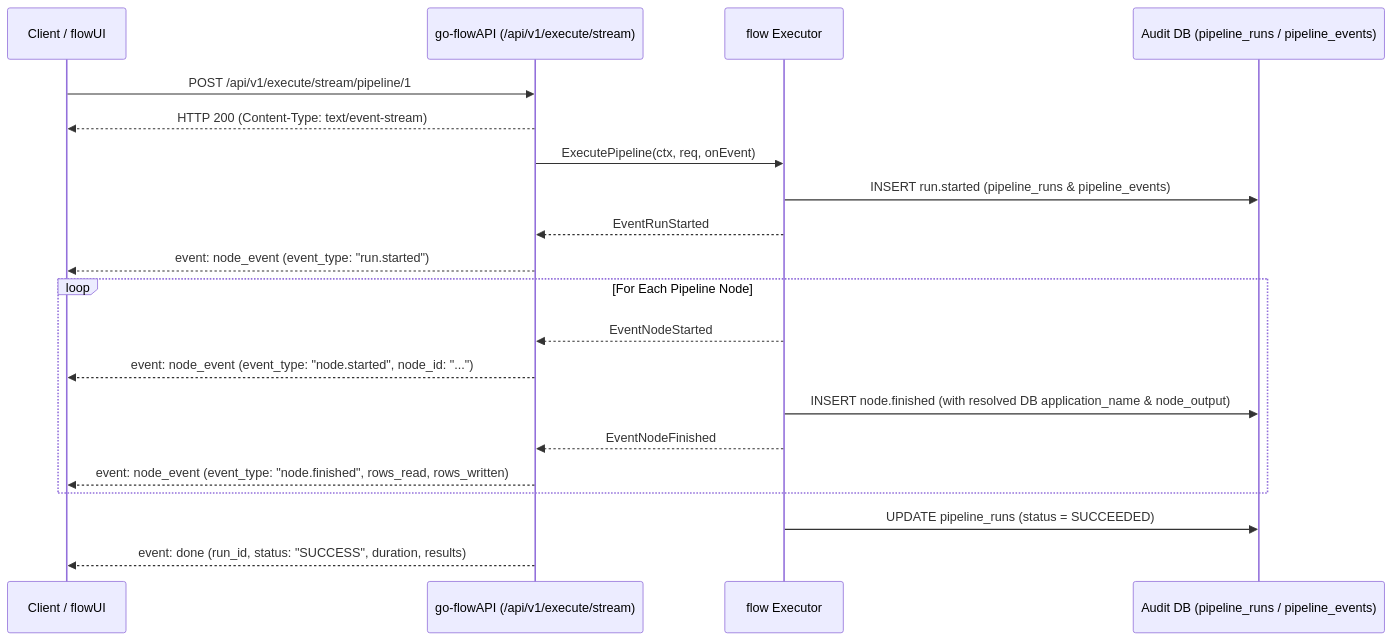
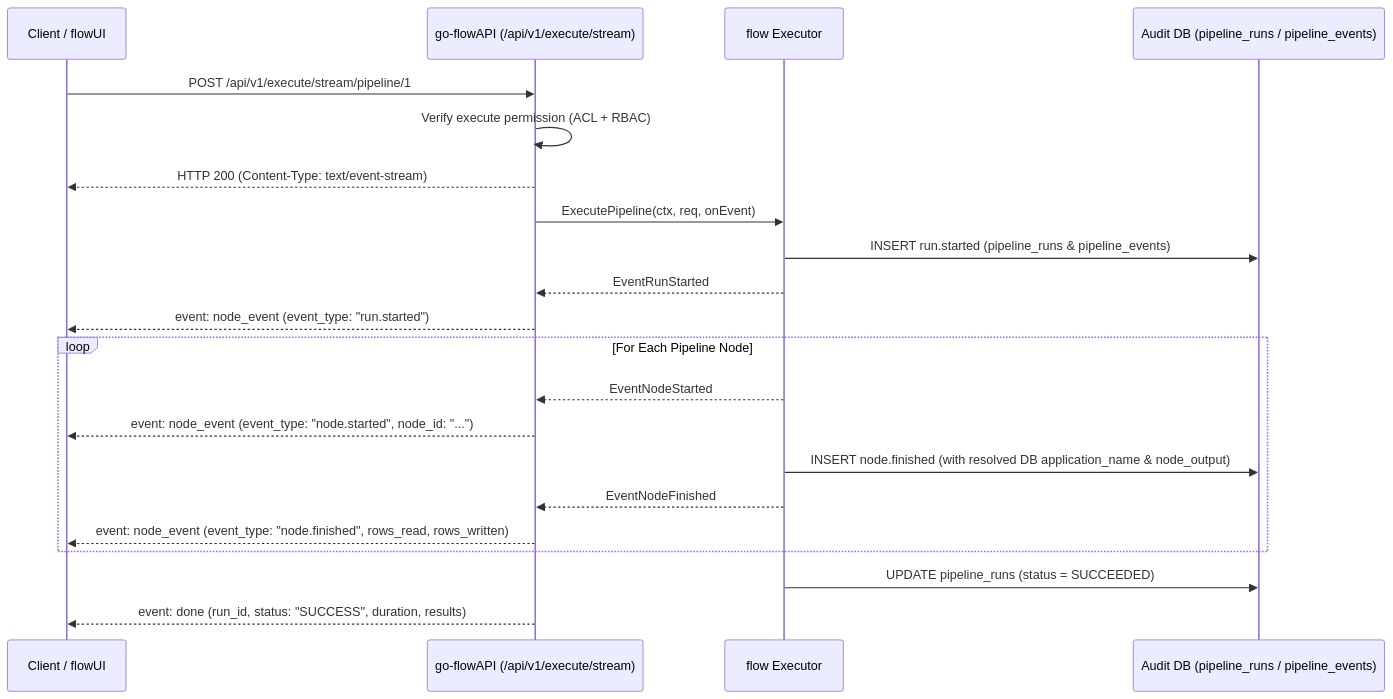
The fourth of 6 diagrams in docs/guides/API_ENDPOINTS_REFERENCE.md (etl-madness/flow-docs), drawn with Mermaid before and after one commit. The commit also changed other lines of this file and 98 other files, not shown here.

````diff
--- a/docs/guides/API_ENDPOINTS_REFERENCE.md
+++ b/docs/guides/API_ENDPOINTS_REFERENCE.md
@@ -350,25 +383,26 @@
 ```mermaid
 sequenceDiagram
     participant Client as Client / flowUI
     participant API as go-flowAPI (/api/v1/execute/stream)
     participant Engine as flow Executor
     participant DB as Audit DB (pipeline_runs / pipeline_events)
 
     Client->>API: POST /api/v1/execute/stream/pipeline/1
+    API->>API: Verify execute permission (ACL + RBAC)
     API-->>Client: HTTP 200 (Content-Type: text/event-stream)
     API->>Engine: ExecutePipeline(ctx, req, onEvent)
     Engine->>DB: INSERT run.started (pipeline_runs & pipeline_events)
     Engine-->>API: EventRunStarted
     API-->>Client: event: node_event (event_type: "run.started")
 
     loop For Each Pipeline Node
         Engine-->>API: EventNodeStarted
         API-->>Client: event: node_event (event_type: "node.started", node_id: "...")
         Engine->>DB: INSERT node.finished (with resolved DB application_name & node_output)
         Engine-->>API: EventNodeFinished
         API-->>Client: event: node_event (event_type: "node.finished", rows_read, rows_written)
     end
 
     Engine->>DB: UPDATE pipeline_runs (status = SUCCEEDED)
     API-->>Client: event: done (run_id, status: "SUCCESS", duration, results)
 ```
````
